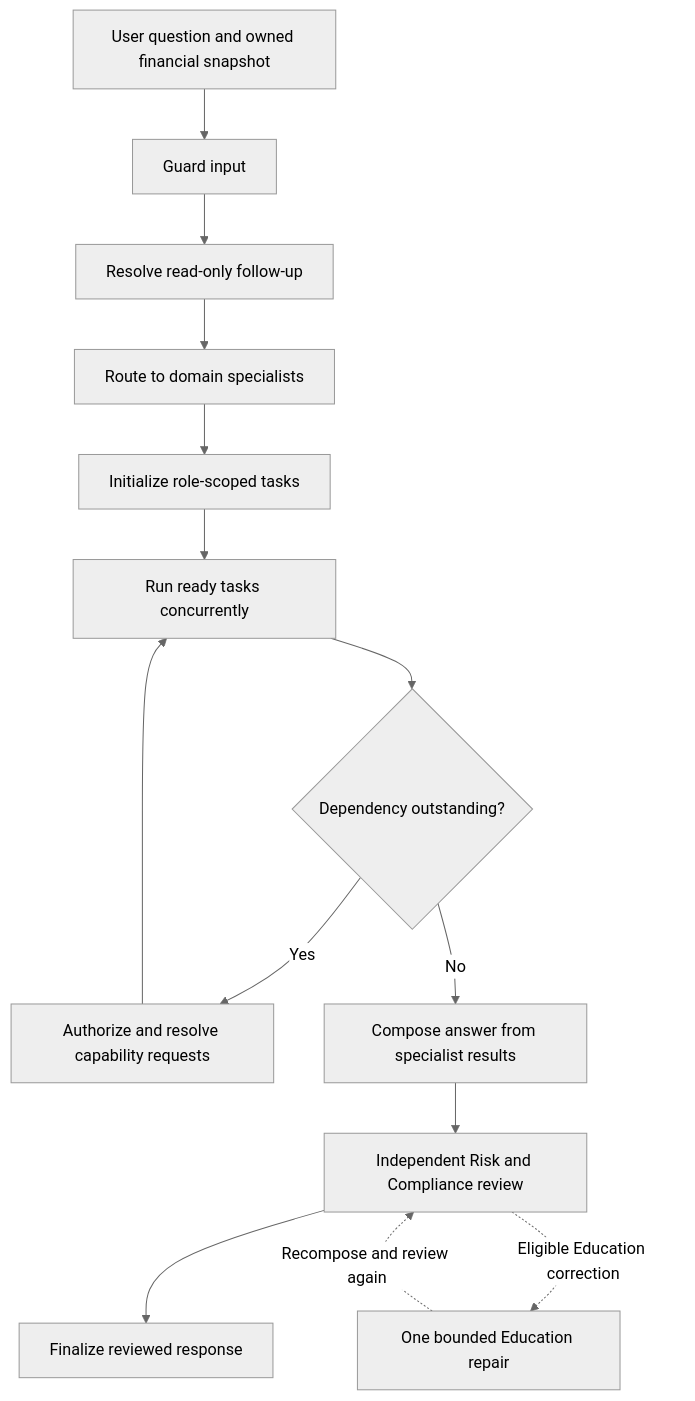
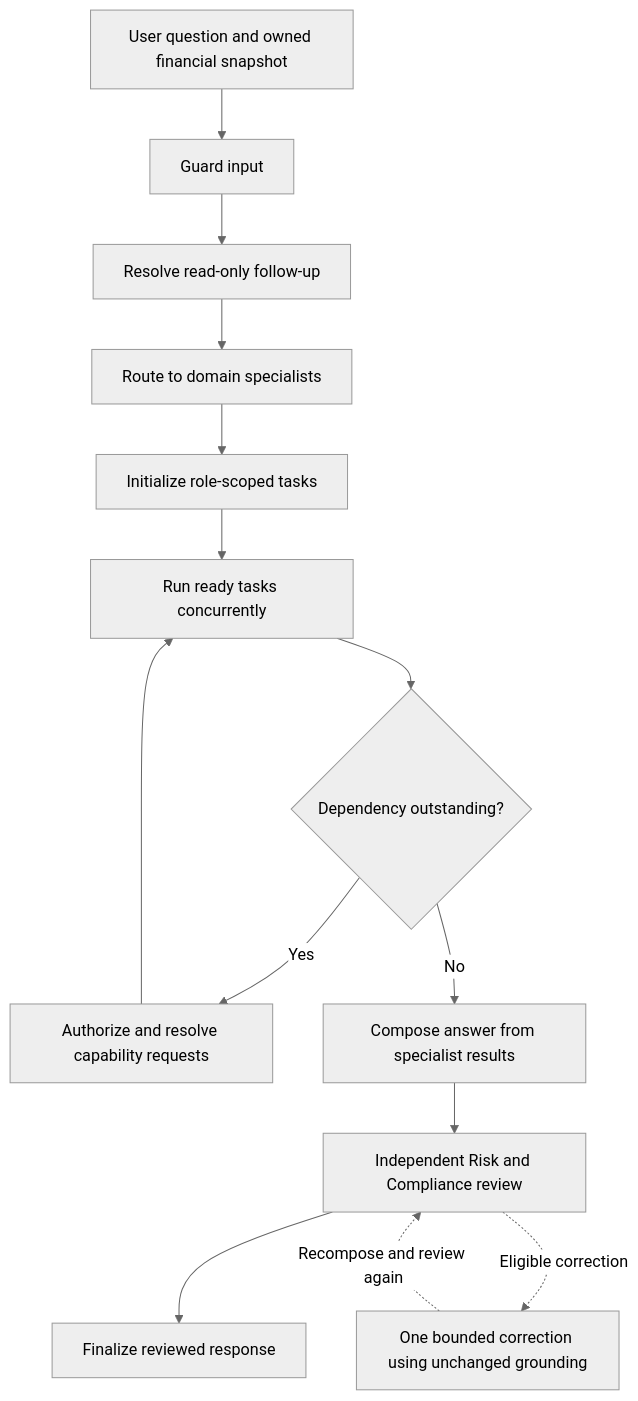
The first of 2 diagrams in docs/orchestration-current-implementation-2026-10-07.md (Seanleng99/nus-iss-ais-team9), drawn with Mermaid (neutral theme) before and after one commit. The commit also changed other lines of this file and 24 other files, not shown here.

````diff
--- a/docs/orchestration-current-implementation-2026-10-07.md
+++ b/docs/orchestration-current-implementation-2026-10-07.md
@@ -24,16 +24,16 @@
 ```mermaid
 flowchart TD
     U[User question and owned financial snapshot] --> Guard[Guard input]
     Guard --> Follow[Resolve read-only follow-up]
     Follow --> Route[Route to domain specialists]
     Route --> Init[Initialize role-scoped tasks]
     Init --> Ready[Run ready tasks concurrently]
     Ready --> Outcome{Dependency outstanding?}
     Outcome -->|Yes| Resolve[Authorize and resolve capability requests]
     Resolve --> Ready
     Outcome -->|No| Synth[Compose answer from specialist results]
     Synth --> Review[Independent Risk and Compliance review]
     Review --> Final[Finalize reviewed response]
-    Review -. Eligible Education correction .-> Repair[One bounded Education repair]
+    Review -. Eligible correction .-> Repair[One bounded correction using unchanged grounding]
     Repair -. Recompose and review again .-> Review
 ```
````
